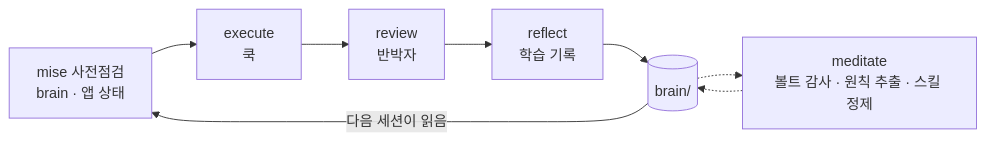
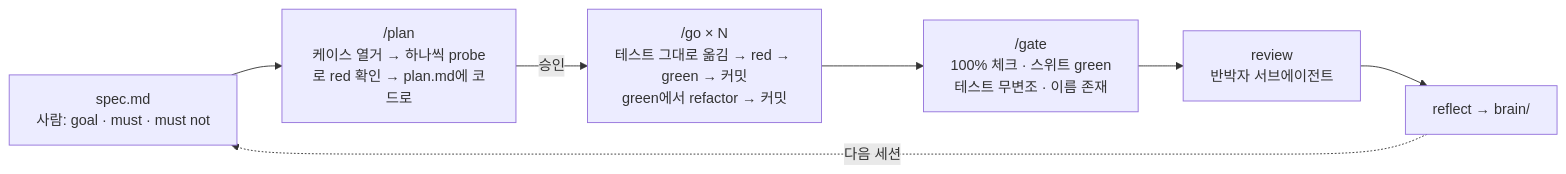
Before and after one commit to team-poem/sobaya: the diagram in README.ko.md, drawn with Mermaid. The commit also changed other lines of this file and 3 other files, not shown here.

````diff
--- a/README.ko.md
+++ b/README.ko.md
@@ -41,10 +27,9 @@
 ```mermaid
 flowchart LR
-    P["mise 사전점검<br>brain · 앱 상태"] --> E["execute<br>쿡"]
-    E --> R["review<br>반박자"]
-    R --> F["reflect<br>학습 기록"]
-    F --> B[("brain/")]
-    B -- "다음 세션이 읽음" --> P
-    B -.-> M["meditate<br>볼트 감사 · 원칙 추출 · 스킬 정제"]
-    M -.-> B
+    S["spec.md<br>사람: goal · must · must not"] --> P["/plan<br>케이스 열거 → 하나씩 probe로 red 확인 → plan.md에 코드로"]
+    P -- 승인 --> G["/go × N<br>테스트 그대로 옮김 → red → green → 커밋<br>green에서 refactor → 커밋"]
+    G --> T["/gate<br>100% 체크 · 스위트 green<br>테스트 무변조 · 이름 존재"]
+    T --> R["review<br>반박자 서브에이전트"]
+    R --> F["reflect → brain/"]
+    F -. 다음 세션 .-> S
 ```
````
